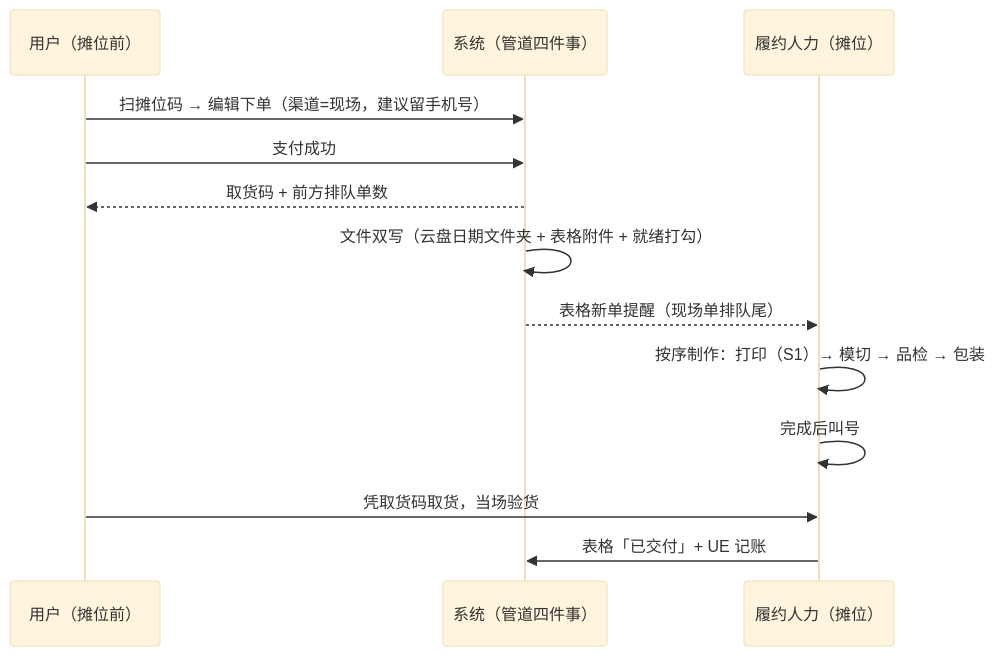
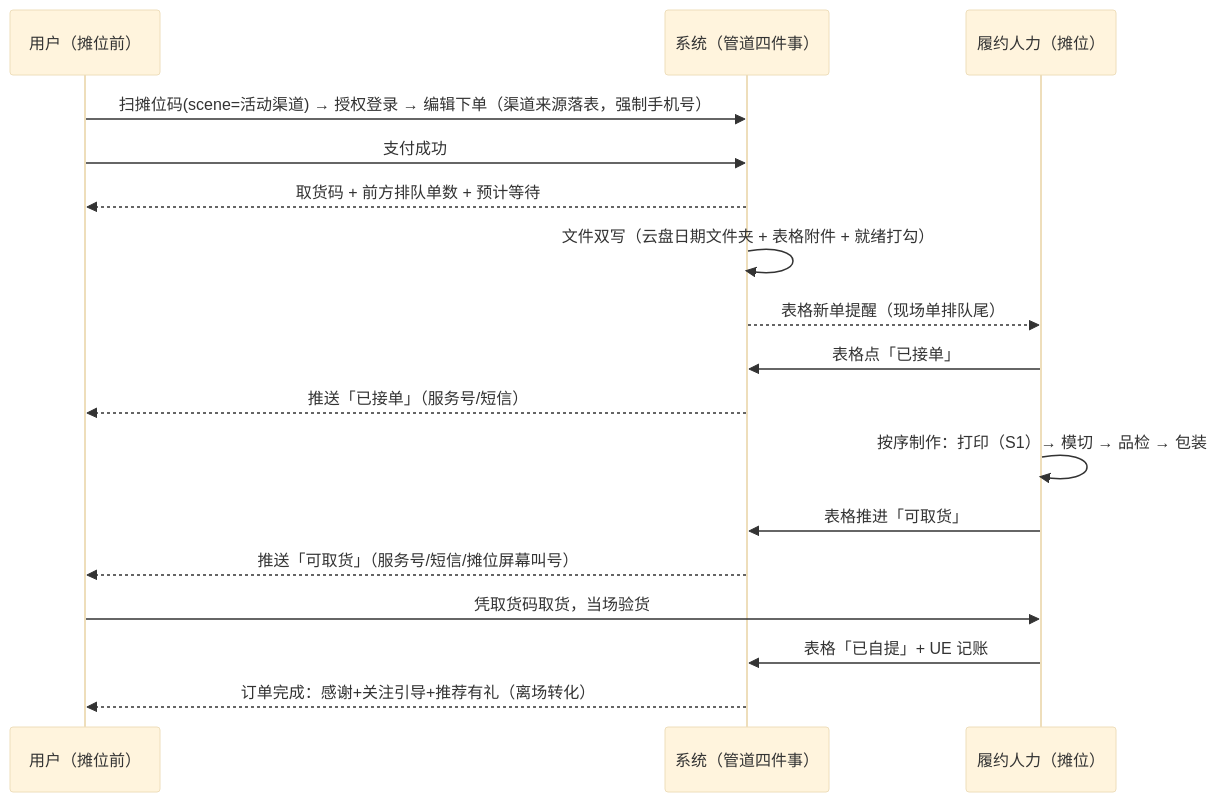
One commit to shengnanxiang/stickerondemand changed the first of 2 diagrams in documents/FULFILLMENT-JOURNEY.md. Above: the diagram before and after it, drawn with Mermaid (base theme). The commit also changed other lines of this file and 25 other files, not shown here.

````diff
--- a/documents/FULFILLMENT-JOURNEY.md
+++ b/documents/FULFILLMENT-JOURNEY.md
@@ -35,16 +37,20 @@
 ```mermaid
 sequenceDiagram
     participant U as 用户（摊位前）
     participant S as 系统（管道四件事）
     participant F as 履约人力（摊位）
 
-    U->>S: 扫摊位码 → 编辑下单（渠道=现场，建议留手机号）
+    U->>S: 扫摊位码(scene=活动渠道) → 授权登录 → 编辑下单（渠道来源落表，强制手机号）
     U->>S: 支付成功
-    S-->>U: 取货码 + 前方排队单数
+    S-->>U: 取货码 + 前方排队单数 + 预计等待
     S->>S: 文件双写（云盘日期文件夹 + 表格附件 + 就绪打勾）
     S-->>F: 表格新单提醒（现场单排队尾）
+    F->>S: 表格点「已接单」
+    S-->>U: 推送「已接单」（服务号/短信）
     F->>F: 按序制作：打印（S1）→ 模切 → 品检 → 包装
-    F->>F: 完成后叫号
+    F->>S: 表格推进「可取货」
+    S-->>U: 推送「可取货」（服务号/短信/摊位屏幕叫号）
     U->>F: 凭取货码取货，当场验货
-    F->>S: 表格「已交付」+ UE 记账
+    F->>S: 表格「已自提」+ UE 记账
+    S-->>U: 订单完成：感谢+关注引导+推荐有礼（离场转化）
 ```
````
